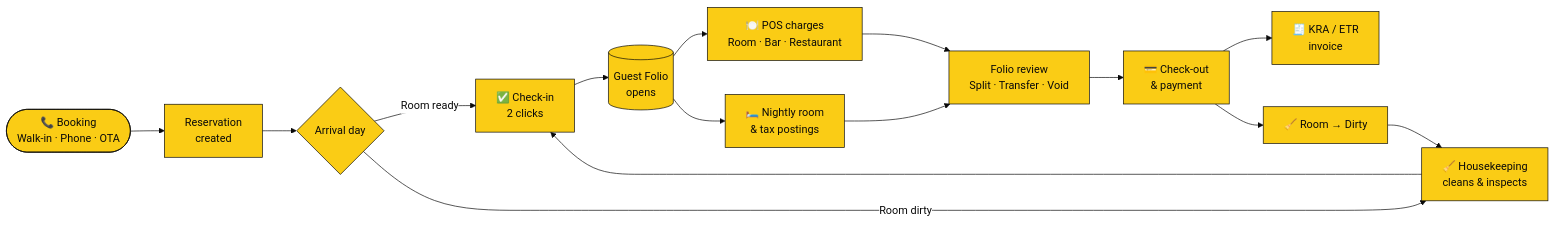
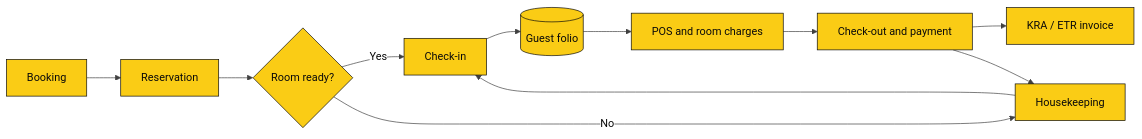
Before and after one commit to olitechs/olitechpmspos: the first of 4 diagrams in README.md, drawn with Mermaid. The commit also changed other lines of this file, not shown here.

````diff
--- a/README.md
+++ b/README.md
@@ -117,18 +93,14 @@
 ```mermaid
-%%{init: {'theme':'base','themeVariables':{'primaryColor':'#FACC15','primaryTextColor':'#0A0A0A','primaryBorderColor':'#0A0A0A','lineColor':'#0A0A0A','secondaryColor':'#FFFFFF','tertiaryColor':'#FEF9C3','noteBkgColor':'#FEF9C3','noteTextColor':'#0A0A0A','actorBkg':'#FACC15','actorBorder':'#0A0A0A','actorTextColor':'#0A0A0A','signalColor':'#0A0A0A','signalTextColor':'#0A0A0A','fontFamily':'Inter, Segoe UI, Arial, sans-serif'}}}%%
+%%{init: {'theme':'base','themeVariables':{'primaryColor':'#FACC15','primaryTextColor':'#0A0A0A','primaryBorderColor':'#0A0A0A','lineColor':'#404040','secondaryColor':'#FFFFFF','tertiaryColor':'#FFFFFF','fontFamily':'Inter, Segoe UI, Arial, sans-serif'}}}%%
 flowchart LR
-    A([📞 Booking<br/>Walk-in · Phone · OTA]) --> B[Reservation<br/>created]
-    B --> C{Arrival day}
-    C -->|Room ready| D[✅ Check-in<br/>2 clicks]
-    C -->|Room dirty| H[🧹 Housekeeping<br/>cleans & inspects]
+    A[Booking] --> B[Reservation]
+    B --> C{Room ready?}
+    C -- Yes --> D[Check-in]
+    C -- No --> H[Housekeeping]
     H --> D
-    D --> E[(Guest Folio<br/>opens)]
-    E --> F[🍽️ POS charges<br/>Room · Bar · Restaurant]
-    E --> G[🛏️ Nightly room<br/>& tax postings]
-    F --> I
-    G --> I[Folio review<br/>Split · Transfer · Void]
-    I --> J[💳 Check-out<br/>& payment]
-    J --> K[🧾 KRA / ETR<br/>invoice]
-    J --> L[🧹 Room → Dirty]
-    L --> H
+    D --> E[(Guest folio)]
+    E --> F[POS and room charges]
+    F --> G[Check-out and payment]
+    G --> I[KRA / ETR invoice]
+    G --> H
 ```
````
